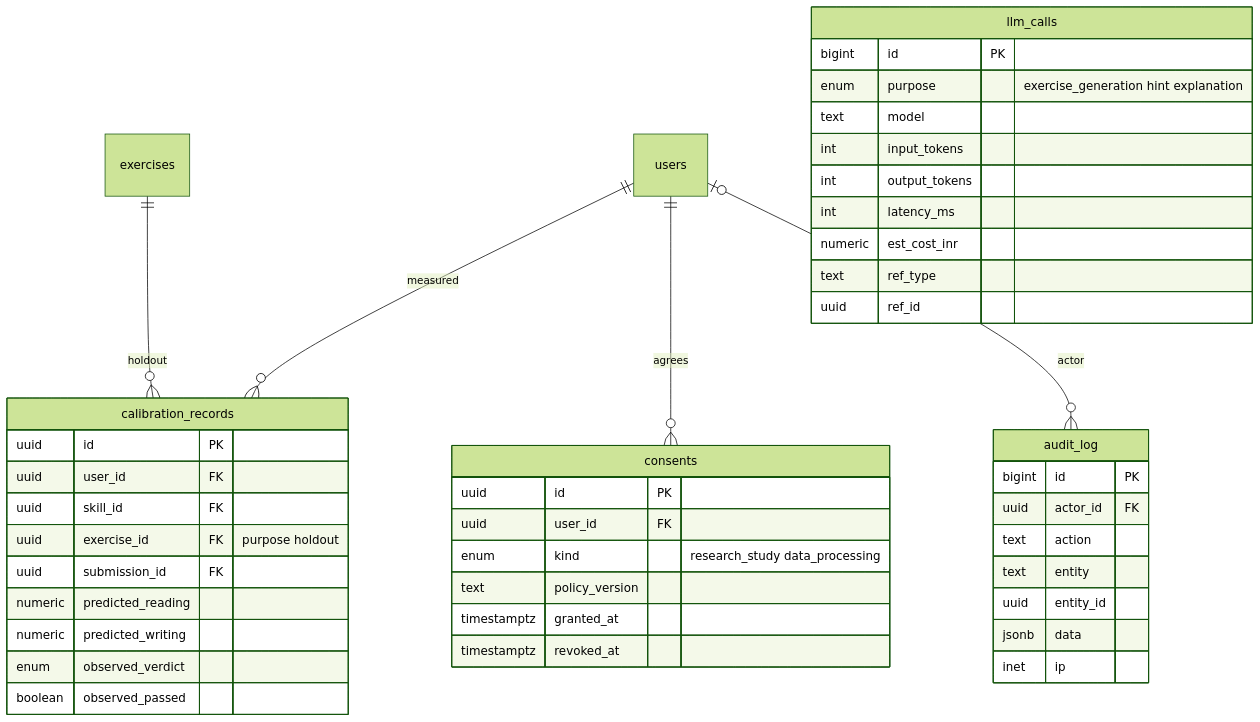
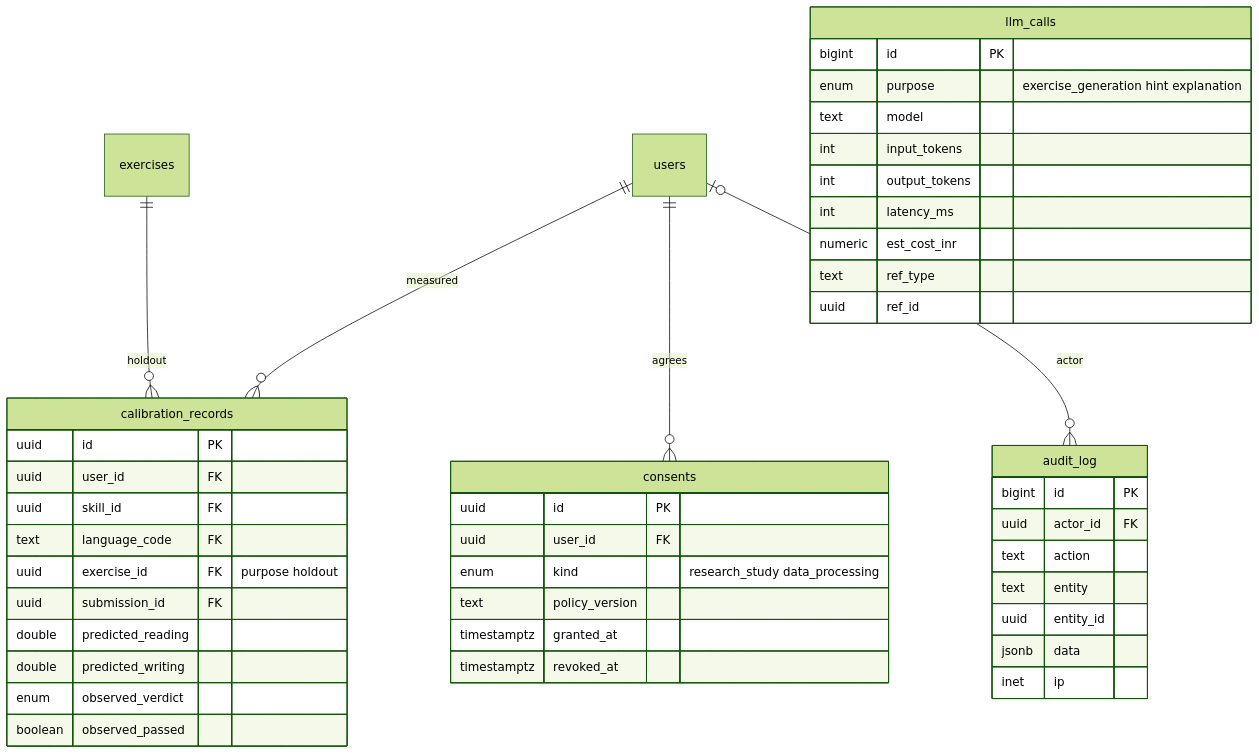
Diagram 15 of 32 in DOCS/phase-2/MP3-System-Design.md (Nidanos/ai-tutor-platform), drawn with Mermaid (forest theme) before and after one commit. The commit also changed other lines of this file, not shown here.

Commit message:
docs: update Phase 2 design with per-skill fade, schema refinements and auth decisions

````diff
--- a/DOCS/phase-2/MP3-System-Design.md
+++ b/DOCS/phase-2/MP3-System-Design.md
@@ -891,46 +969,47 @@
 ```mermaid
 erDiagram
   users ||--o{ calibration_records : "measured"
   exercises ||--o{ calibration_records : "holdout"
   users ||--o{ consents : "agrees"
   users |o--o{ audit_log : "actor"
   calibration_records {
     uuid id PK
     uuid user_id FK
     uuid skill_id FK
+    text language_code FK
     uuid exercise_id FK "purpose holdout"
     uuid submission_id FK
-    numeric predicted_reading
-    numeric predicted_writing
+    double predicted_reading
+    double predicted_writing
     enum observed_verdict
     boolean observed_passed
   }
   consents {
     uuid id PK
     uuid user_id FK
     enum kind "research_study data_processing"
     text policy_version
     timestamptz granted_at
     timestamptz revoked_at
   }
   llm_calls {
     bigint id PK
     enum purpose "exercise_generation hint explanation"
     text model
     int input_tokens
     int output_tokens
     int latency_ms
     numeric est_cost_inr
     text ref_type
     uuid ref_id
   }
   audit_log {
     bigint id PK
     uuid actor_id FK
     text action
     text entity
     uuid entity_id
     jsonb data
     inet ip
   }
 ```
````
